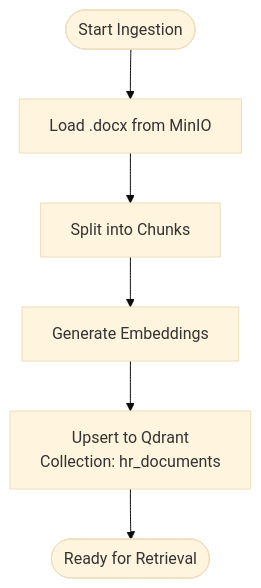
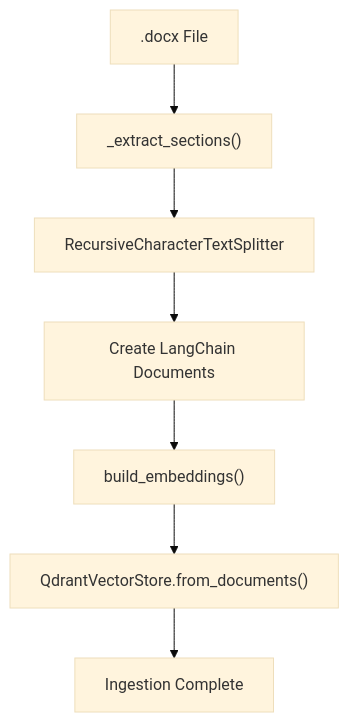
Before and after one commit to ognelis/cafetera_hr_bot: the seventh of 9 diagrams in .qoder/repowiki/en/content/RAG Integration.md, drawn with Mermaid (base theme). The commit also changed other lines of this file and 9 other files, not shown here.

````diff
--- a/.qoder/repowiki/en/content/RAG Integration.md
+++ b/.qoder/repowiki/en/content/RAG Integration.md
@@ -429,8 +367,9 @@
 ```mermaid
 flowchart TD
-Start(["Start Ingestion"]) --> LoadDoc["Load .docx from MinIO"]
-LoadDoc --> Split["Split into Chunks"]
-Split --> Embed["Generate Embeddings"]
-Embed --> Upsert["Upsert to Qdrant<br/>Collection: hr_documents"]
-Upsert --> Done(["Ready for Retrieval"])
+DocxFile[".docx File"] --> ExtractSections["_extract_sections()"]
+ExtractSections --> SplitText["RecursiveCharacterTextSplitter"]
+SplitText --> CreateDocuments["Create LangChain Documents"]
+CreateDocuments --> BuildEmbeddings["build_embeddings()"]
+BuildEmbeddings --> StoreQdrant["QdrantVectorStore.from_documents()"]
+StoreQdrant --> Success["Ingestion Complete"]
 ```
````
